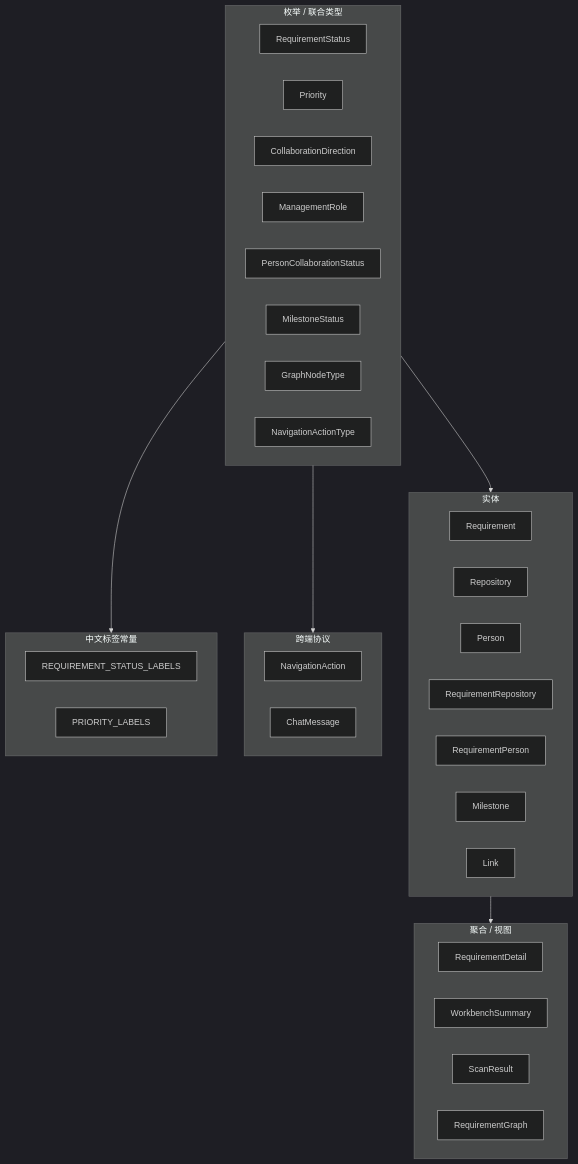
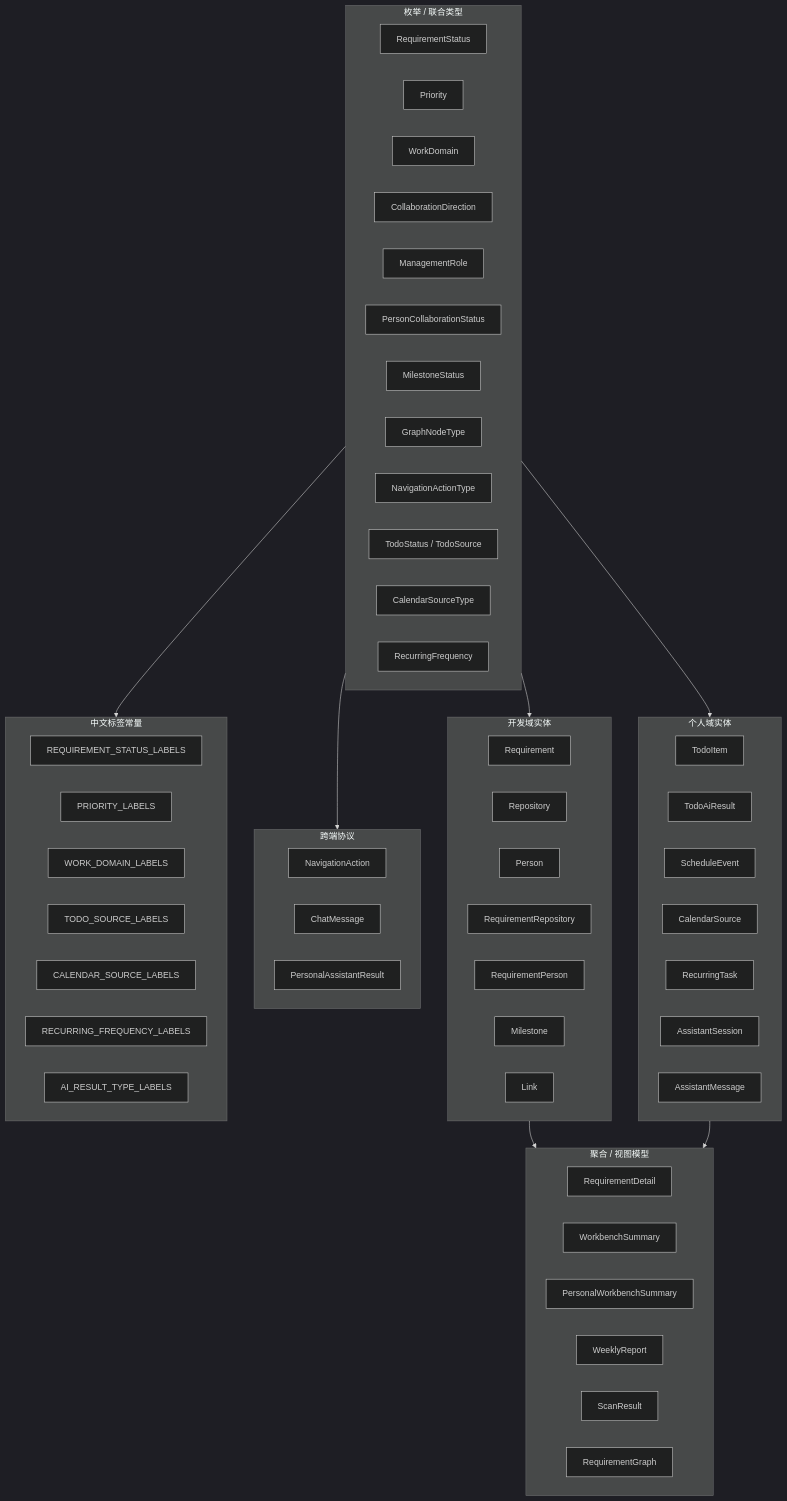
Before and after one commit to Neo-share/personal-work-dashboard: the second of 2 diagrams in shared/ARCHITECTURE.md, drawn with Mermaid (dark theme). The commit also changed other lines of this file and 102 other files, not shown here.

````diff
--- a/shared/ARCHITECTURE.md
+++ b/shared/ARCHITECTURE.md
@@ -50,45 +53,69 @@
 ```mermaid
 flowchart TB
   subgraph Enums["枚举 / 联合类型"]
     RS[RequirementStatus]
     P[Priority]
+    WD[WorkDomain]
     CD[CollaborationDirection]
     MR[ManagementRole]
     PCS[PersonCollaborationStatus]
     MS[MilestoneStatus]
     GNT[GraphNodeType]
     NAT[NavigationActionType]
+    TS[TodoStatus / TodoSource]
+    CS[CalendarSourceType]
+    RF[RecurringFrequency]
   end
 
-  subgraph Entities["实体"]
+  subgraph EntitiesDev["开发域实体"]
     Req[Requirement]
     Repo[Repository]
     Per[Person]
     RR[RequirementRepository]
     RP[RequirementPerson]
     Mil[Milestone]
     Lnk[Link]
   end
 
-  subgraph Aggregates["聚合 / 视图"]
+  subgraph EntitiesPersonal["个人域实体"]
+    Todo[TodoItem]
+    AIRes[TodoAiResult]
+    Sch[ScheduleEvent]
+    Cal[CalendarSource]
+    Rec[RecurringTask]
+    Sess[AssistantSession]
+    Msg[AssistantMessage]
+  end
+
+  subgraph Aggregates["聚合 / 视图模型"]
     RD[RequirementDetail]
     WS[WorkbenchSummary]
+    PWS[PersonalWorkbenchSummary]
+    WR[WeeklyReport]
     SR[ScanResult]
     RG[RequirementGraph]
   end
 
   subgraph Protocol["跨端协议"]
     NA[NavigationAction]
     CM[ChatMessage]
+    PAR[PersonalAssistantResult]
   end
 
   subgraph Labels["中文标签常量"]
     RSL[REQUIREMENT_STATUS_LABELS]
     PL[PRIORITY_LABELS]
+    WDL[WORK_DOMAIN_LABELS]
+    TSL[TODO_SOURCE_LABELS]
+    CSL[CALENDAR_SOURCE_LABELS]
+    RFL[RECURRING_FREQUENCY_LABELS]
+    AIL[AI_RESULT_TYPE_LABELS]
   end
 
-  Enums --> Entities
-  Entities --> Aggregates
+  Enums --> EntitiesDev
+  Enums --> EntitiesPersonal
+  EntitiesDev --> Aggregates
+  EntitiesPersonal --> Aggregates
   Enums --> Labels
   Enums --> Protocol
 ```
````
